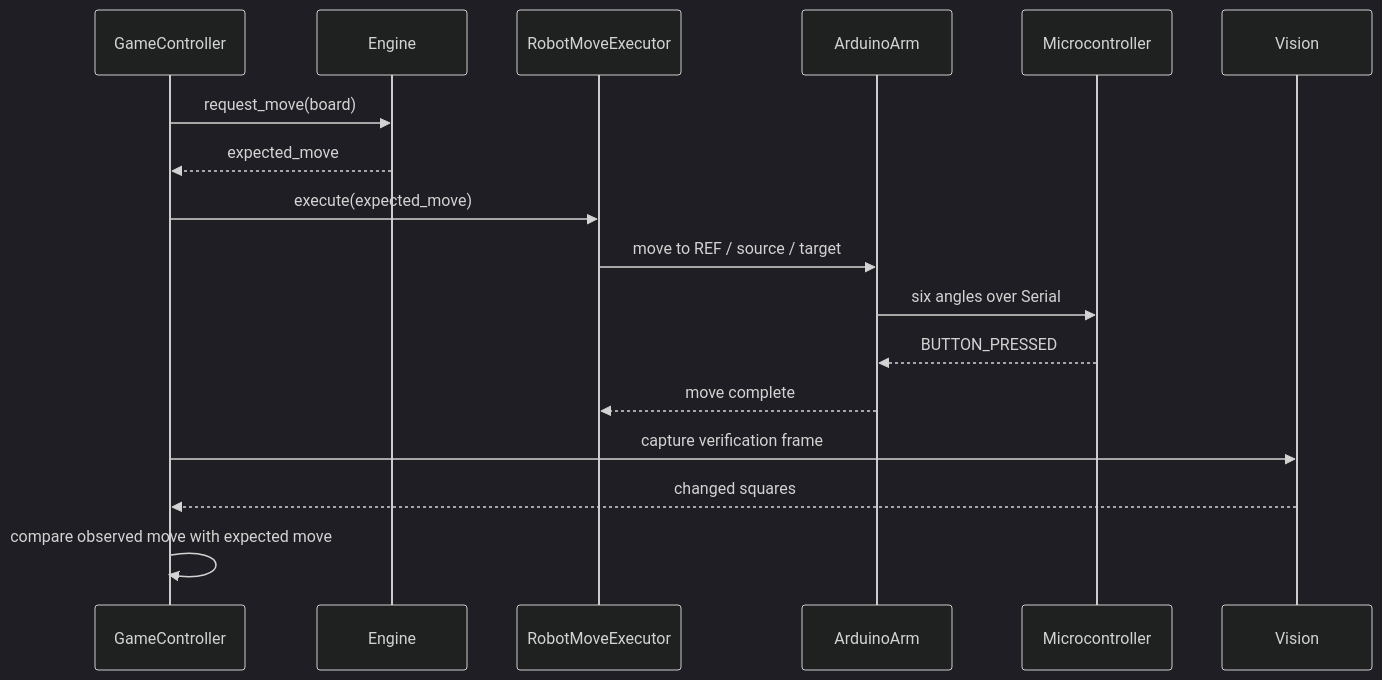
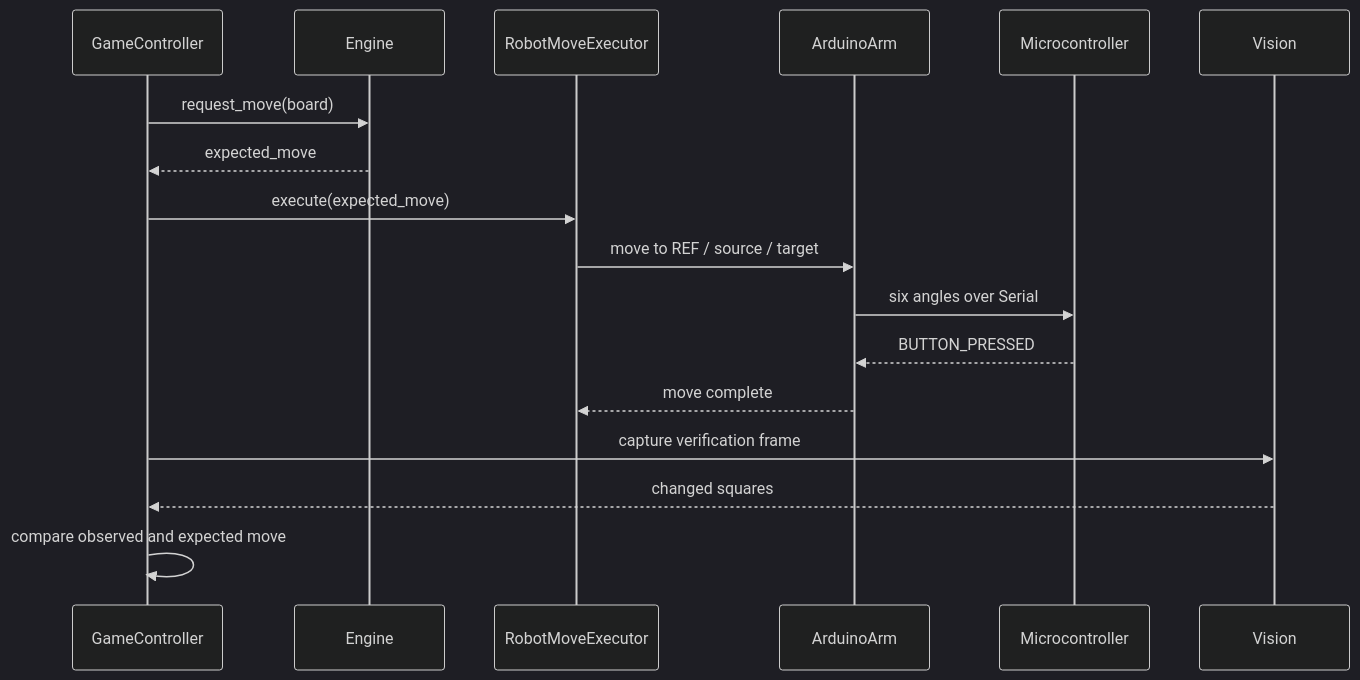
The third of 3 diagrams in docs/architecture.md (zaidkm462/RobotChess), drawn with Mermaid (dark theme) before and after one commit. The commit also changed other lines of this file and 2 other files, not shown here.

````diff
--- a/docs/architecture.md
+++ b/docs/architecture.md
@@ -57,20 +57,20 @@
 ```mermaid
 sequenceDiagram
     participant GC as GameController
     participant E as Engine
     participant R as RobotMoveExecutor
     participant A as ArduinoArm
     participant M as Microcontroller
     participant V as Vision
 
     GC->>E: request_move(board)
     E-->>GC: expected_move
     GC->>R: execute(expected_move)
     R->>A: move to REF / source / target
     A->>M: six angles over Serial
     M-->>A: BUTTON_PRESSED
     A-->>R: move complete
     GC->>V: capture verification frame
     V-->>GC: changed squares
-    GC->>GC: compare observed move with expected move
+    GC->>GC: compare observed and expected move
 ```
````
